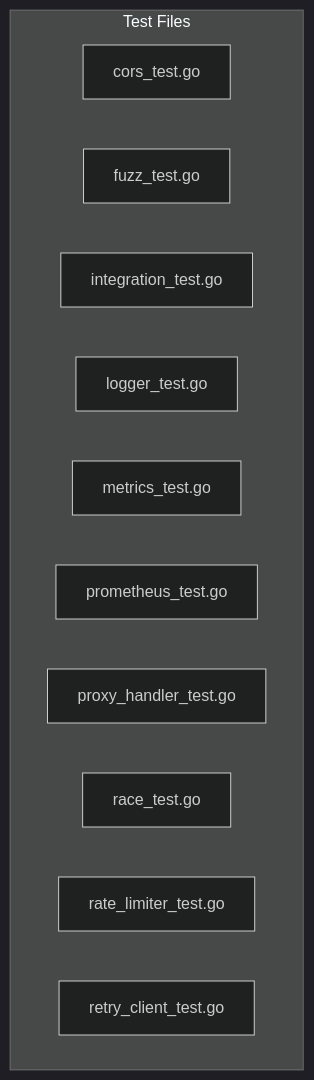
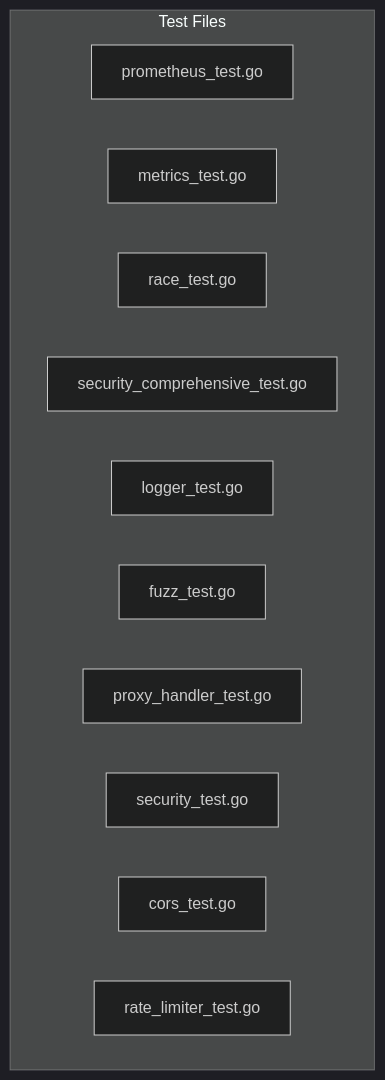
The diagram in docs/generated/diagrams/test_coverage.md (teodorbreajen/hexstrike-defense), drawn with Mermaid (dark theme) before and after one commit. The commit also changed 19 other files, not shown here.

````diff
--- a/docs/generated/diagrams/test_coverage.md
+++ b/docs/generated/diagrams/test_coverage.md
@@ -1,15 +1,15 @@
 ```mermaid
 graph TD
     subgraph Test Files
+        Tprometheus["prometheus_test.go"]
+        Tmetrics["metrics_test.go"]
+        Trace["race_test.go"]
+        Tsecurity_comprehensive["security_comprehensive_test.go"]
+        Tlogger["logger_test.go"]
+        Tfuzz["fuzz_test.go"]
+        Tproxy_handler["proxy_handler_test.go"]
+        Tsecurity["security_test.go"]
         Tcors["cors_test.go"]
-        Tfuzz["fuzz_test.go"]
-        Tintegration["integration_test.go"]
-        Tlogger["logger_test.go"]
-        Tmetrics["metrics_test.go"]
-        Tprometheus["prometheus_test.go"]
-        Tproxy_handler["proxy_handler_test.go"]
-        Trace["race_test.go"]
         Trate_limiter["rate_limiter_test.go"]
-        Tretry_client["retry_client_test.go"]
     end
 ```
````
